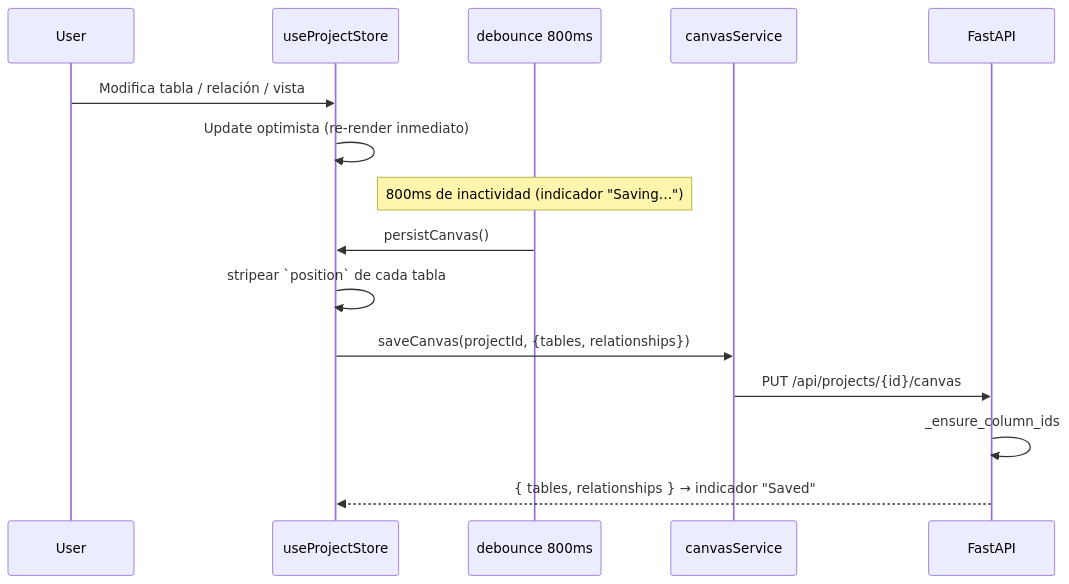
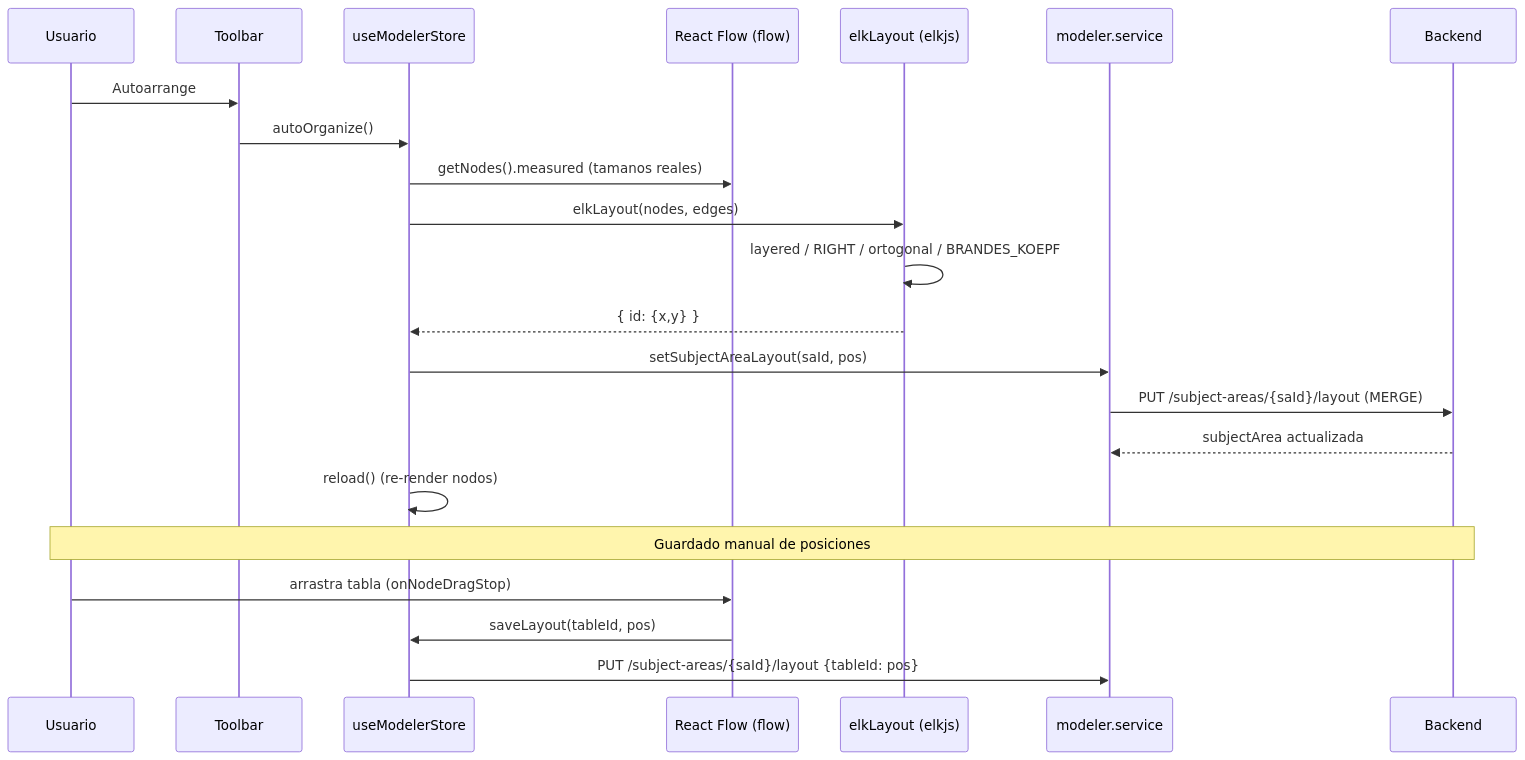
Before and after one commit to Carlosmps97/web-data-model-hub: the fifth of 7 diagrams in doc/data-flow.md, drawn with Mermaid. The commit also changed other lines of this file and 42 other files, not shown here.

````diff
--- a/doc/data-flow.md
+++ b/doc/data-flow.md
@@ -59,18 +352,26 @@
 ```mermaid
 sequenceDiagram
-    participant U as User
-    participant S as useProjectStore
-    participant DBC as debounce 800ms
-    participant SVC as canvasService
-    participant FA as FastAPI
+  participant U as Usuario
+  participant TB as Toolbar
+  participant MS as useModelerStore
+  participant RF as React Flow (flow)
+  participant ELK as elkLayout (elkjs)
+  participant Svc as modeler.service
+  participant API as Backend
 
-    U->>S: Modifica tabla / relación / vista
-    S->>S: Update optimista (re-render inmediato)
-    Note over DBC: 800ms de inactividad (indicador "Saving…")
-    DBC->>S: persistCanvas()
-    S->>S: stripear `position` de cada tabla
-    S->>SVC: saveCanvas(projectId, {tables, relationships})
-    SVC->>FA: PUT /api/projects/{id}/canvas
-    FA->>FA: _ensure_column_ids
-    FA-->>S: { tables, relationships } → indicador "Saved"
+  U->>TB: Autoarrange
+  TB->>MS: autoOrganize()
+  MS->>RF: getNodes().measured (tamanos reales)
+  MS->>ELK: elkLayout(nodes, edges)
+  ELK->>ELK: layered / RIGHT / ortogonal / BRANDES_KOEPF
+  ELK-->>MS: { id: {x,y} }
+  MS->>Svc: setSubjectAreaLayout(saId, pos)
+  Svc->>API: PUT /subject-areas/{saId}/layout (MERGE)
+  API-->>Svc: subjectArea actualizada
+  MS->>MS: reload() (re-render nodos)
+
+  Note over U,API: Guardado manual de posiciones
+  U->>RF: arrastra tabla (onNodeDragStop)
+  RF->>MS: saveLayout(tableId, pos)
+  MS->>Svc: PUT /subject-areas/{saId}/layout {tableId: pos}
 ```
````
